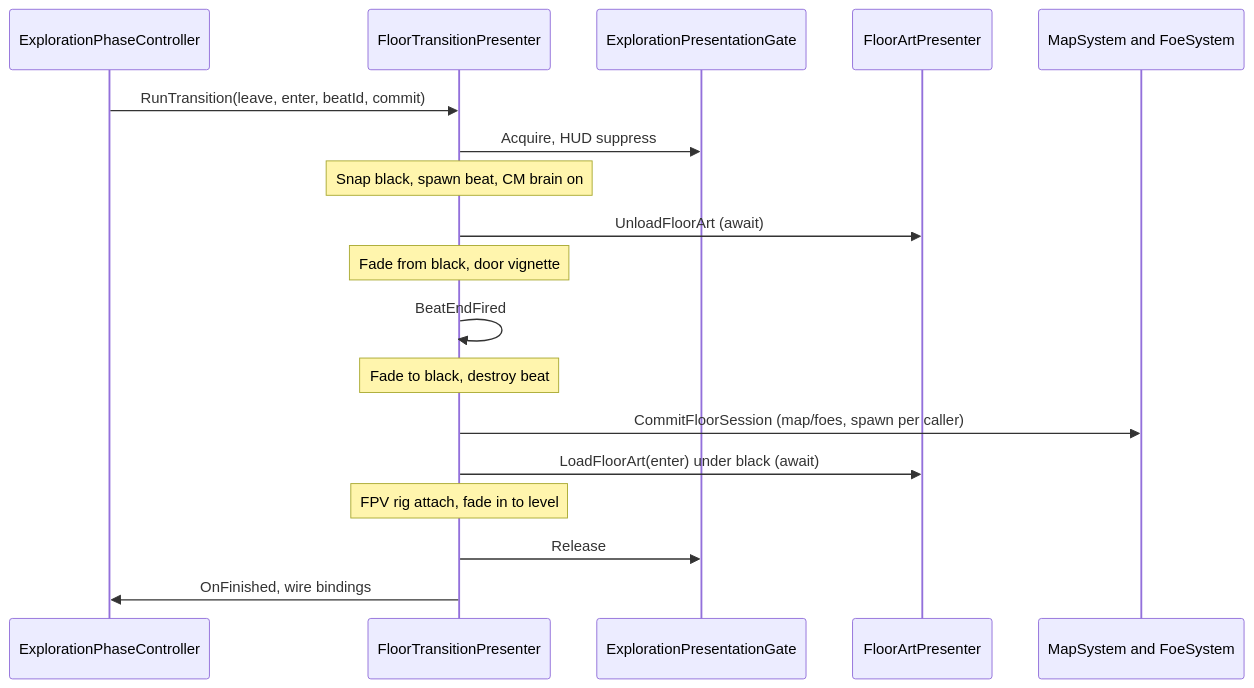
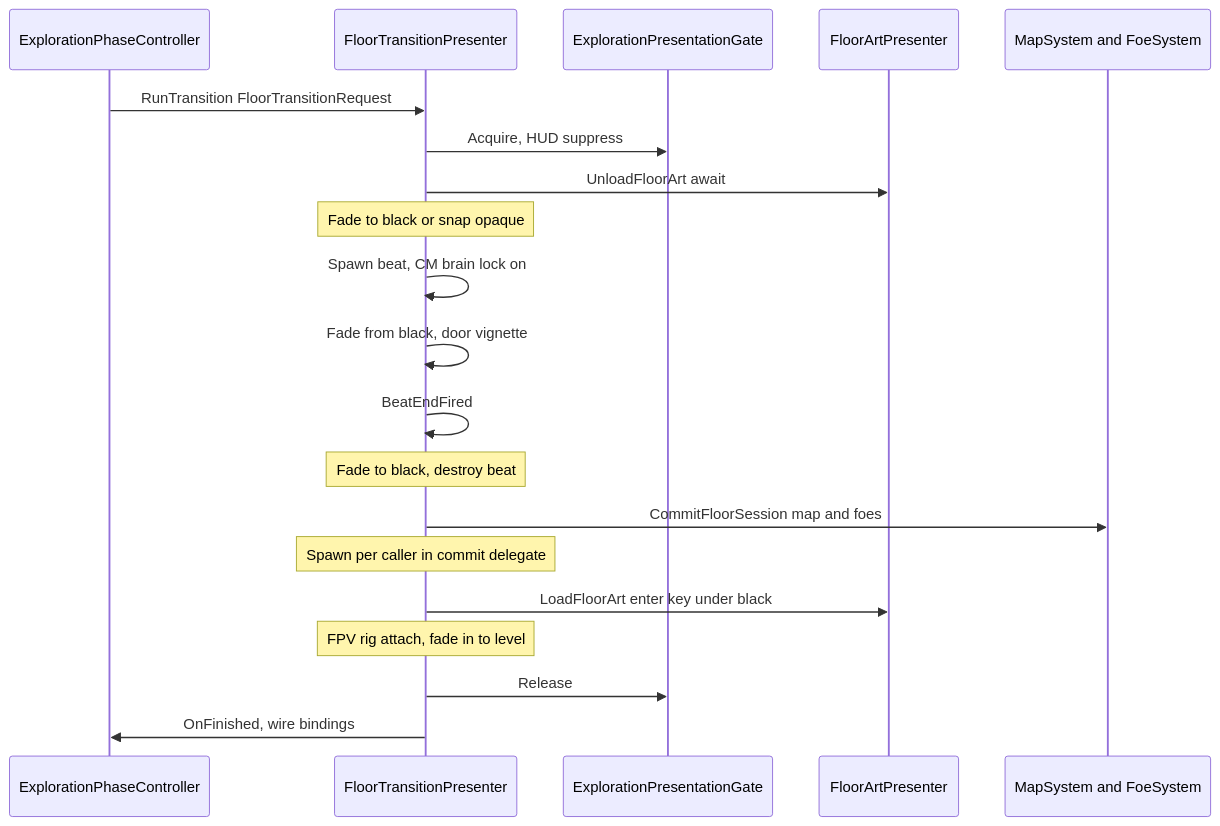
The first of 2 diagrams in docs/02-systems/floor-transition.md (miramocha/griddungeon-design-docs), drawn with Mermaid before and after one commit. The commit also changed other lines of this file and 3 other files, not shown here.

First line of the commit message:
Refresh floor transition docs and fix GitHub mermaid renders.

````diff
--- a/docs/02-systems/floor-transition.md
+++ b/docs/02-systems/floor-transition.md
@@ -32,21 +32,23 @@
 ```mermaid
 sequenceDiagram
     participant EPC as ExplorationPhaseController
     participant FTP as FloorTransitionPresenter
     participant Gate as ExplorationPresentationGate
     participant Art as FloorArtPresenter
     participant Map as MapSystem and FoeSystem
 
-    EPC->>FTP: RunTransition(leave, enter, beatId, commit)
+    EPC->>FTP: RunTransition FloorTransitionRequest
     FTP->>Gate: Acquire, HUD suppress
-    Note over FTP: Snap black, spawn beat, CM brain on
-    FTP->>Art: UnloadFloorArt (await)
-    Note over FTP: Fade from black, door vignette
+    FTP->>Art: UnloadFloorArt await
+    Note over FTP: Fade to black or snap opaque
+    FTP->>FTP: Spawn beat, CM brain lock on
+    FTP->>FTP: Fade from black, door vignette
     FTP->>FTP: BeatEndFired
     Note over FTP: Fade to black, destroy beat
-    FTP->>Map: CommitFloorSession (map/foes, spawn per caller)
-    FTP->>Art: LoadFloorArt(enter) under black (await)
+    FTP->>Map: CommitFloorSession map and foes
+    Note over FTP: Spawn per caller in commit delegate
+    FTP->>Art: LoadFloorArt enter key under black
     Note over FTP: FPV rig attach, fade in to level
     FTP->>Gate: Release
     FTP->>EPC: OnFinished, wire bindings
 ```
````
